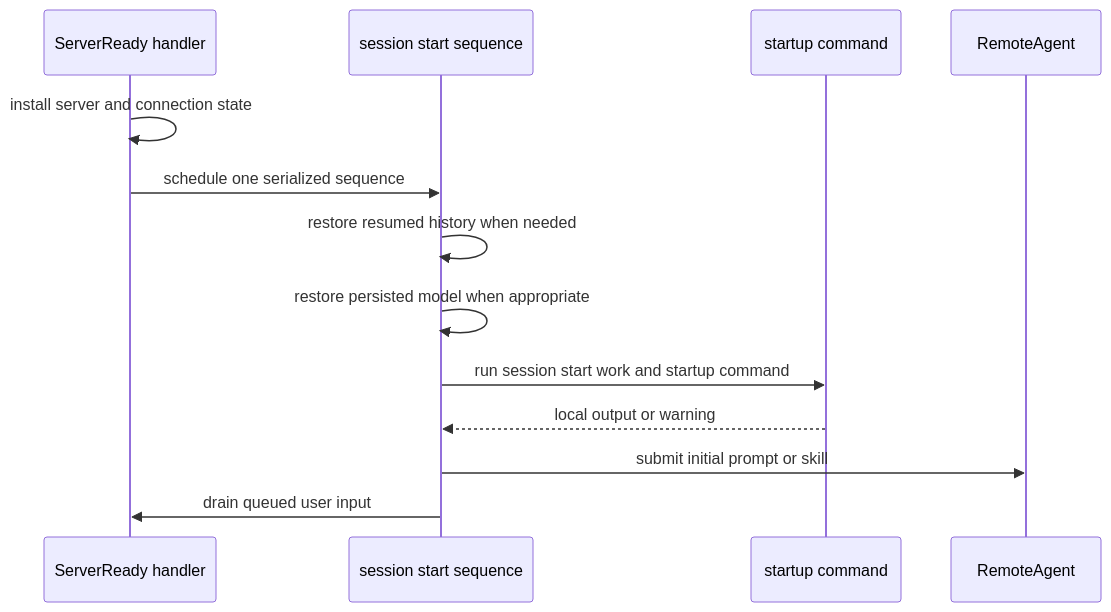
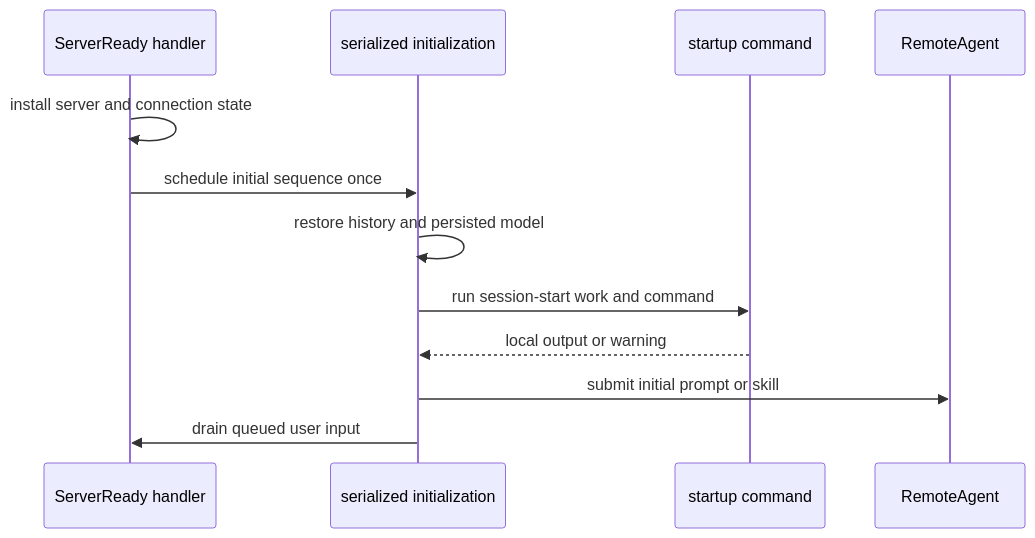
The third of 4 diagrams in openwiki/workflows/run-dcode-session.md (langchain-ai/deepagents), drawn with Mermaid before and after one commit. The commit also changed other lines of this file and 33 other files, not shown here.

````diff
--- a/openwiki/workflows/run-dcode-session.md
+++ b/openwiki/workflows/run-dcode-session.md
@@ -138,15 +124,14 @@
 ```mermaid
 sequenceDiagram
     participant Ready as ServerReady handler
-    participant Session as session start sequence
+    participant Session as serialized initialization
     participant Command as startup command
     participant Agent as RemoteAgent
     Ready->>Ready: install server and connection state
-    Ready->>Session: schedule one serialized sequence
-    Session->>Session: restore resumed history when needed
-    Session->>Session: restore persisted model when appropriate
-    Session->>Command: run session start work and startup command
+    Ready->>Session: schedule initial sequence once
+    Session->>Session: restore history and persisted model
+    Session->>Command: run session-start work and command
     Command-->>Session: local output or warning
     Session->>Agent: submit initial prompt or skill
     Session->>Ready: drain queued user input
 ```
````
